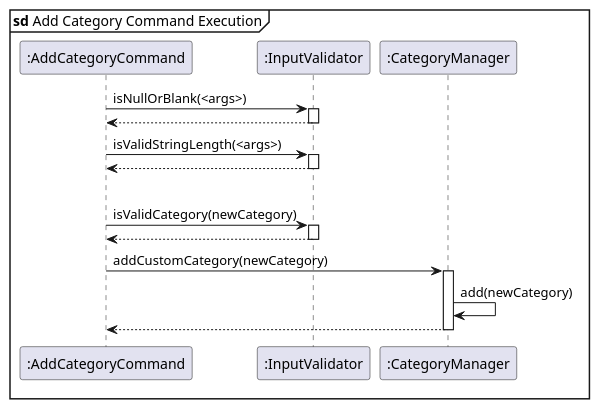
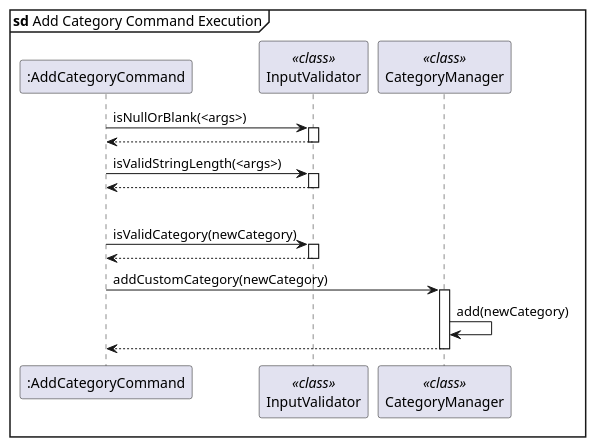
Before and after one commit to randust/tp: the diagram in docs/diagrams/sequence/add_category.puml, drawn with PlantUML. The commit also changed 2 other files, not shown here.

Commit message:
updated uml diagrams to indicate static method calls

```diff
--- a/docs/diagrams/sequence/add_category.puml
+++ b/docs/diagrams/sequence/add_category.puml
@@ -1,38 +1,38 @@
 @startuml add_category
 
 mainframe **sd** Add Category Command Execution
 
 participant ":AddCategoryCommand" as command
-participant ":InputValidator" as Validator
-participant ":CategoryManager" as manager
+participant "InputValidator" as Validator <<class>>
+participant "CategoryManager" as manager <<class>>
 
 command -> Validator : isNullOrBlank(<args>)
 activate Validator
 
 Validator --> command :
 deactivate Validator
 
 command -> Validator : isValidStringLength(<args>)
 activate Validator
 
 Validator --> command :
 deactivate Validator
 |||
 command -> Validator : isValidCategory(newCategory)
 activate Validator
 
 Validator --> command :
 deactivate Validator
 
 command -> manager : addCustomCategory(newCategory)
 activate manager
 manager -> manager : add(newCategory)
 
 manager --> command:
 deactivate manager
 
 
 
 
 
 @enduml
```
